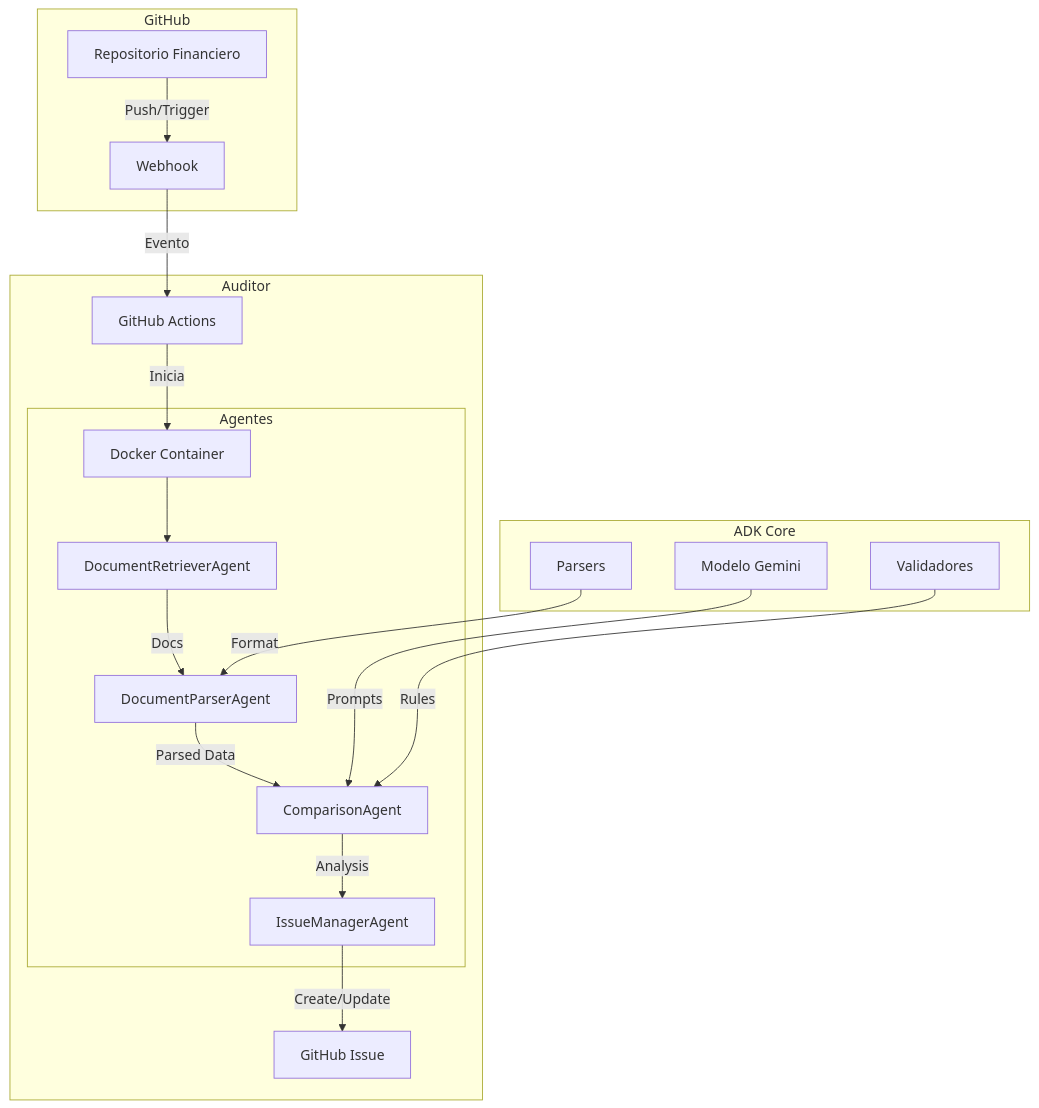
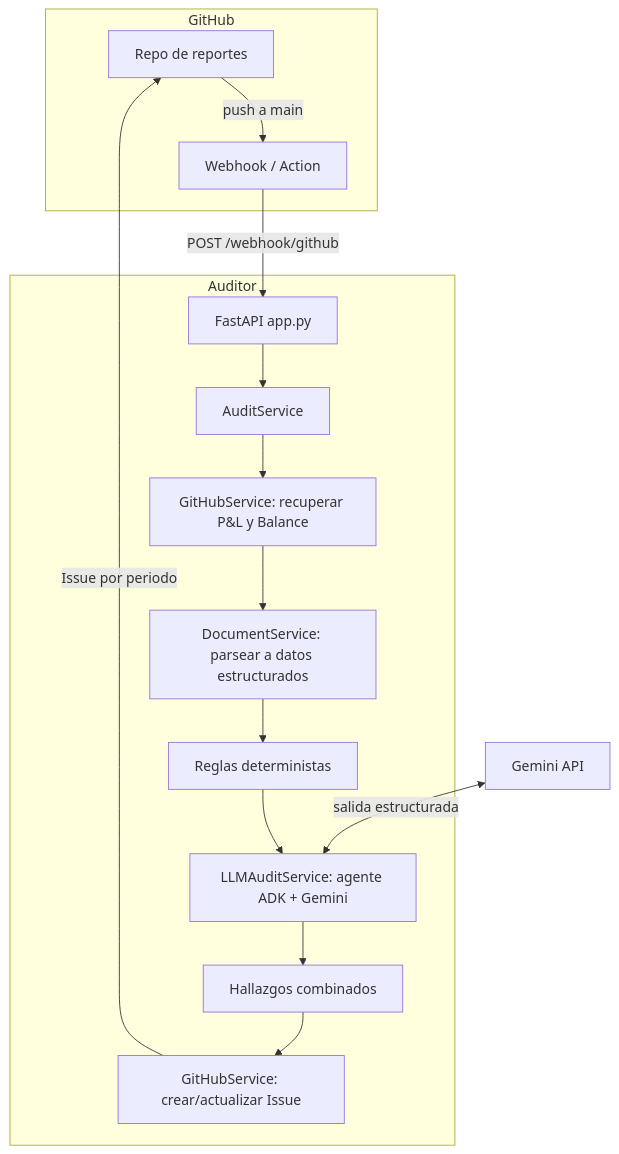
The diagram in docs/architecture_diagram.md (camachoyury/AutonomousAuditor), drawn with Mermaid before and after one commit. The commit also changed other lines of this file and 40 other files, not shown here.

First line of the commit message:
Conectar Gemini (ADK) al flujo de auditoría y convertir el repo en ejemplo

````diff
--- a/docs/architecture_diagram.md
+++ b/docs/architecture_diagram.md
@@ -3,26 +3,20 @@
 ```mermaid
 graph TD
     subgraph GitHub
-        A[Repositorio Financiero] -->|Push/Trigger| B[Webhook]
+        A[Repo de reportes] -->|push a main| B[Webhook / Action]
     end
 
     subgraph Auditor
-        B -->|Evento| C[GitHub Actions]
-        C -->|Inicia| D[Docker Container]
-        
-        subgraph Agentes
-            D --> E[DocumentRetrieverAgent]
-            E -->|Docs| F[DocumentParserAgent]
-            F -->|Parsed Data| G[ComparisonAgent]
-            G -->|Analysis| H[IssueManagerAgent]
-        end
-        
-        H -->|Create/Update| I[GitHub Issue]
+        B -->|POST /webhook/github| C[FastAPI app.py]
+        C --> S[AuditService]
+        S --> R[GitHubService: recuperar P&L y Balance]
+        R --> P[DocumentService: parsear a datos estructurados]
+        P --> V[Reglas deterministas]
+        V --> L[LLMAuditService: agente ADK + Gemini]
+        L --> M[Hallazgos combinados]
+        M --> I[GitHubService: crear/actualizar Issue]
     end
 
-    subgraph ADK Core
-        J[Modelo Gemini] -->|Prompts| G
-        K[Validadores] -->|Rules| G
-        L[Parsers] -->|Format| F
-    end
+    I -->|Issue por periodo| A
+    G[Gemini API] <-->|salida estructurada| L
 ```
````
